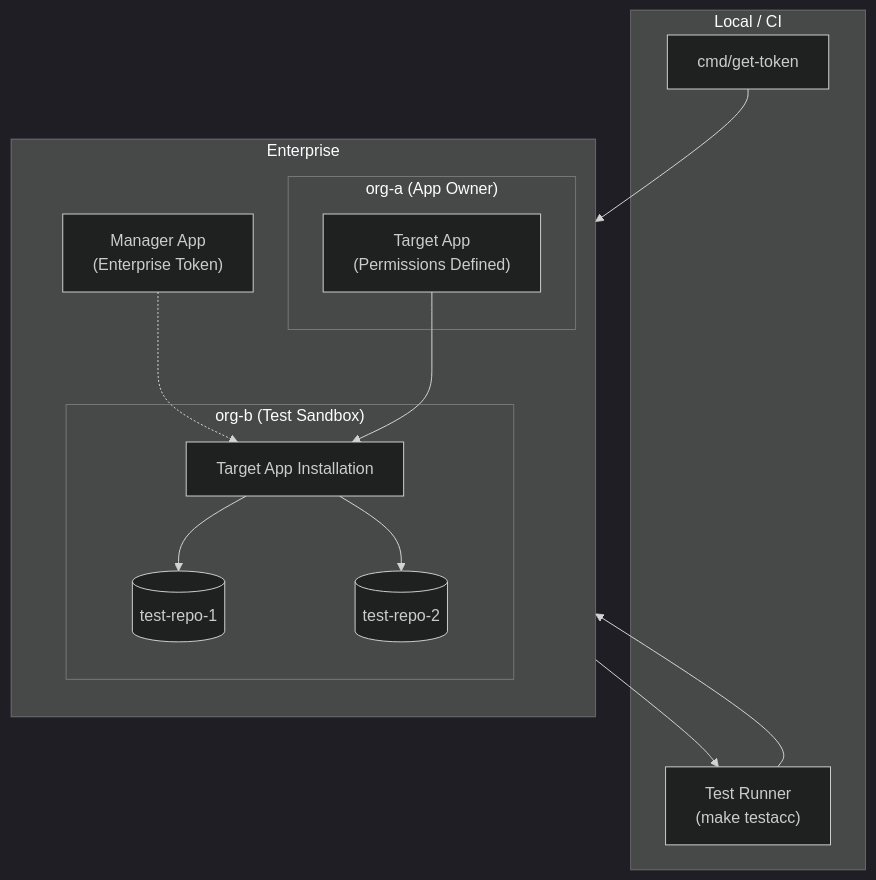
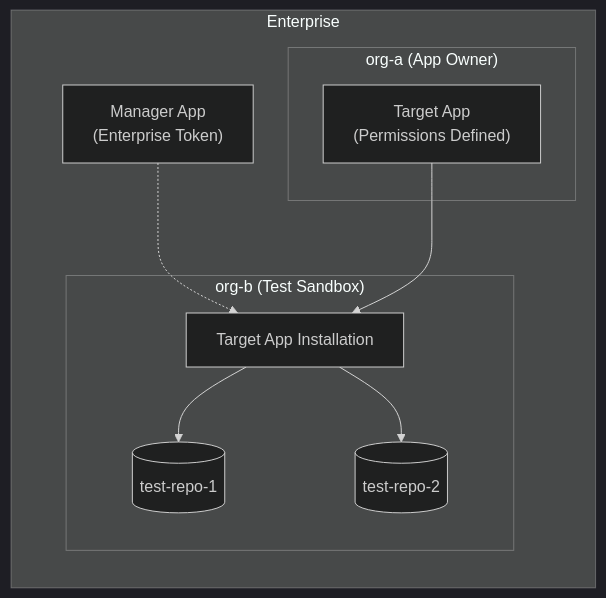
Before and after one commit to google/terraform-provider-gh-app-unofficial: the first of 2 diagrams in DEVELOPMENT.md, drawn with Mermaid (dark theme). The commit also changed other lines of this file, not shown here.

Commit message:
polish dev md
Updated text formatting for clarity in the Dual-App Testing Architecture section, including changes to the descriptions of the Manager App and Target App.

````diff
--- a/DEVELOPMENT.md
+++ b/DEVELOPMENT.md
@@ -51,32 +51,23 @@
 ```mermaid
 flowchart TD
-    subgraph LOCAL ["Local / CI"]
-        RUNNER["Test Runner<br/>(make testacc)"]
-        TOKEN["cmd/get-token"]
-    end
-
     subgraph Enterprise ["Enterprise"]
         direction TB
-        MGR["Manager App<br/>(Enterprise Token)"]
+        MGR["Manager App <br/>(Enterprise Token)"]
 
         subgraph ORG_A ["org-a (App Owner)"]
-            TARGET_APP["Target App<br/>(Permissions Defined)"]
+            TARGET_APP["Target App <br/>(Permissions Defined)"]
         end
 
         subgraph ORG_B ["org-b (Test Sandbox)"]
             INST["Target App Installation"]
             R1[("test-repo-1")]
             R2[("test-repo-2")]
 
             INST --> R1
             INST --> R2
         end
 
         MGR -.-> INST
         TARGET_APP --> INST
     end
-
-    TOKEN --> MGR
-    MGR --> RUNNER
-    RUNNER --> INST
 ```
````
